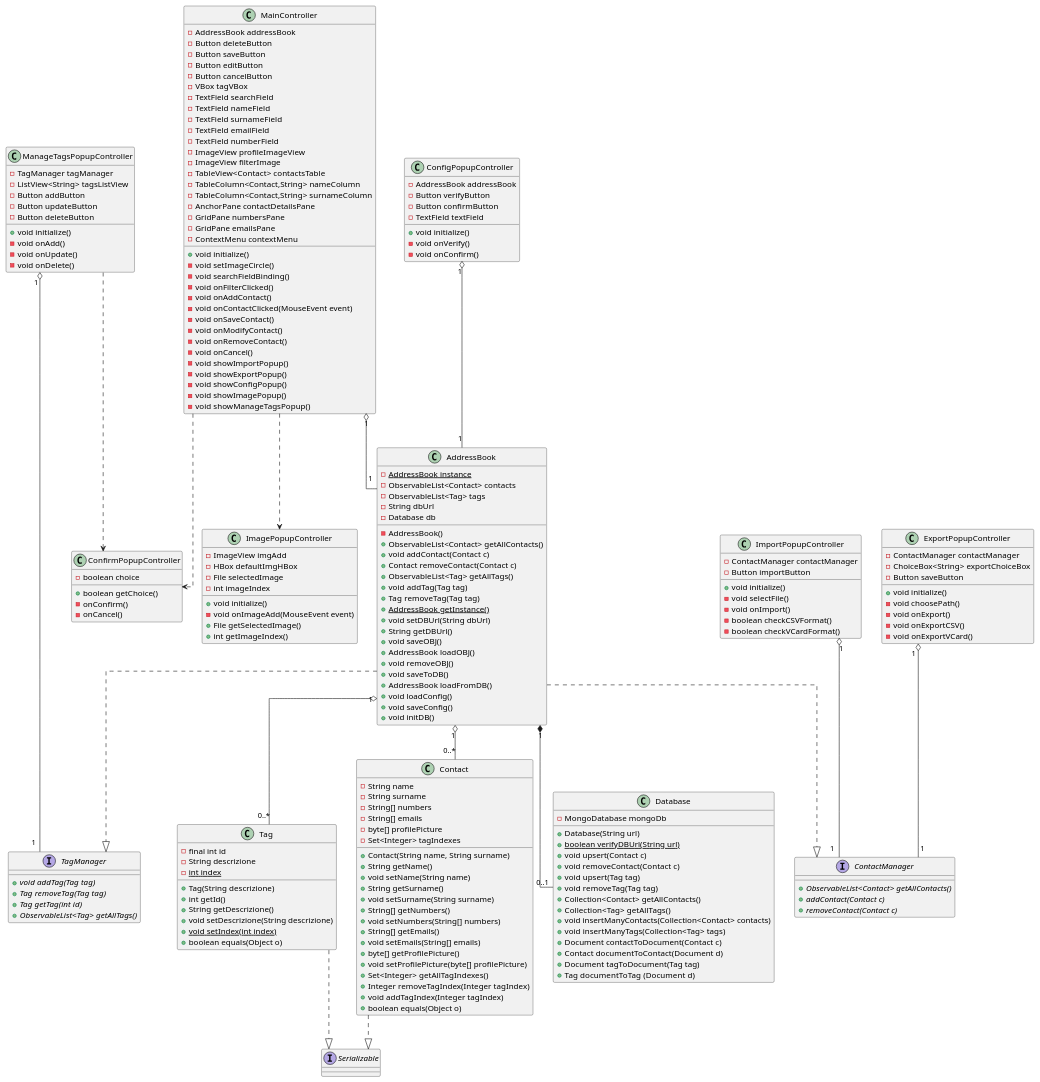
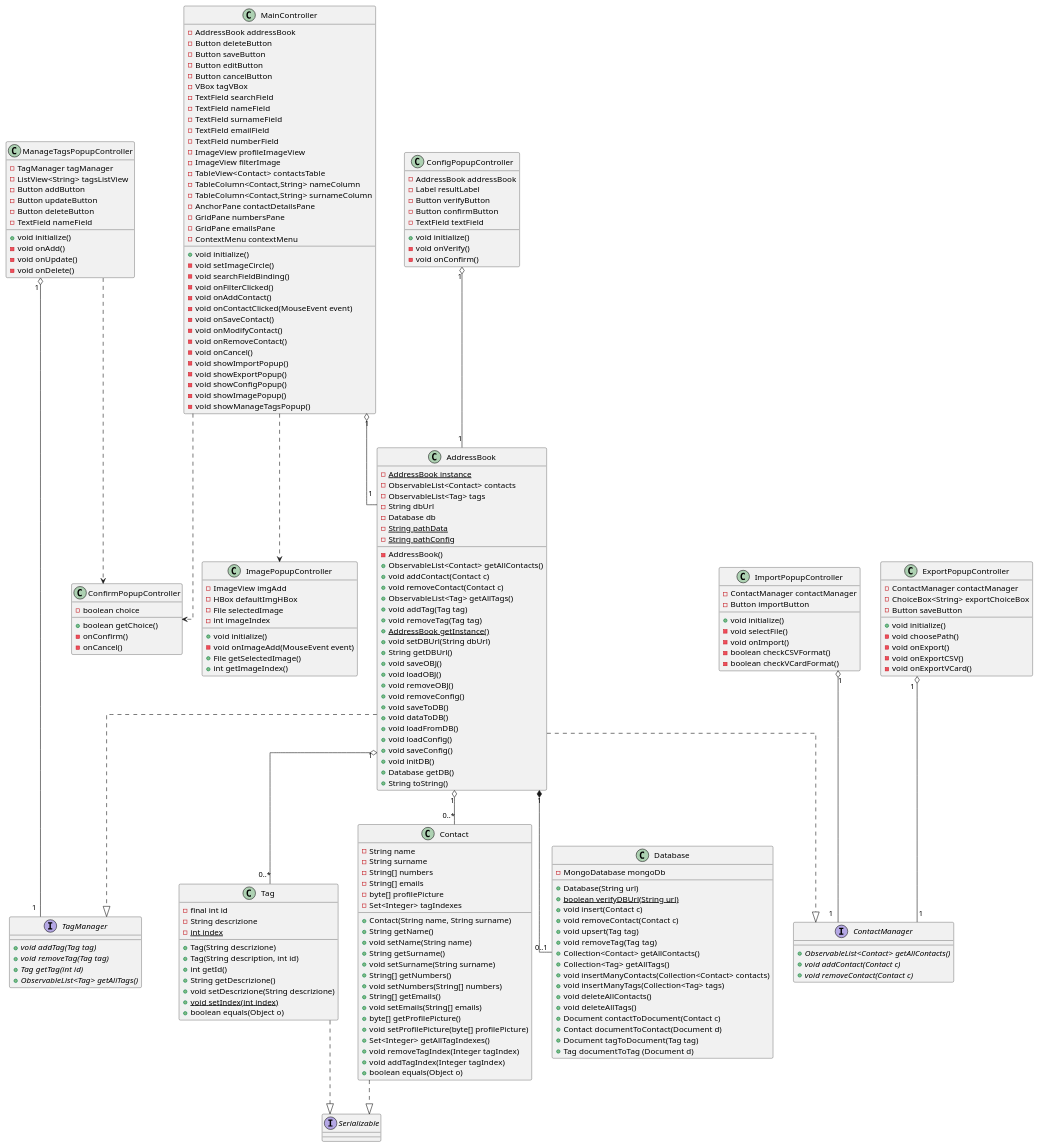
One commit to savaava/ProgettoRubrica changed the diagram in documenti/diagrammi di classe/puml/diagrammaClassi.puml. Above: the diagram before and after it, drawn with PlantUML. The commit also changed 2 other files, not shown here.

```diff
--- a/documenti/diagrammi di classe/puml/diagrammaClassi.puml
+++ b/documenti/diagrammi di classe/puml/diagrammaClassi.puml
@@ -10,6 +10,7 @@
     - {static} int index
 
     + Tag(String descrizione)
+    + Tag(String description, int id)
     + int getId()
     + String getDescrizione()
     + void setDescrizione(String descrizione)
@@ -37,7 +38,7 @@
     + byte[] getProfilePicture()
     + void setProfilePicture(byte[] profilePicture)
     + Set<Integer> getAllTagIndexes()
-    + Integer removeTagIndex(Integer tagIndex)
+    + void removeTagIndex(Integer tagIndex)
     + void addTagIndex(Integer tagIndex)
     + boolean equals(Object o)    
 }
@@ -48,25 +49,31 @@
     - ObservableList<Tag> tags
     - String dbUrl
     - Database db
+    - {static} String pathData
+    - {static} String pathConfig
 
     - AddressBook()
     + ObservableList<Contact> getAllContacts()
     + void addContact(Contact c)
-    + Contact removeContact(Contact c)
+    + void removeContact(Contact c)
     + ObservableList<Tag> getAllTags()
     + void addTag(Tag tag)
-    + Tag removeTag(Tag tag)
+    + void removeTag(Tag tag)
     + {static} AddressBook getInstance()
     + void setDBUrl(String dbUrl)
     + String getDBUrl()
     + void saveOBJ()
-    + AddressBook loadOBJ()
+    + void loadOBJ()
     + void removeOBJ()
+    + void removeConfig()
     + void saveToDB()
-    + AddressBook loadFromDB()   
+    + void dataToDB()
+    + void loadFromDB()   
     + void loadConfig()
     + void saveConfig()
     + void initDB()
+    + Database getDB()
+    + String toString()
 }
 
 class MainController {
@@ -137,6 +144,7 @@
     - Button addButton
     - Button updateButton
     - Button deleteButton
+    - TextField nameField
 
     + void initialize()
     - void onAdd()
@@ -165,6 +173,7 @@
 
 class ConfigPopupController {
     - AddressBook addressBook
+    - Label resultLabel
     - Button verifyButton
     - Button confirmButton
     - TextField textField
@@ -179,7 +188,7 @@
     
     + Database(String url)
     + {static} boolean verifyDBUrl(String url)
-    + void upsert(Contact c)
+    + void insert(Contact c)
     + void removeContact(Contact c)
     + void upsert(Tag tag)
     + void removeTag(Tag tag)
@@ -187,6 +196,8 @@
     + Collection<Tag> getAllTags()
     + void insertManyContacts(Collection<Contact> contacts)
     + void insertManyTags(Collection<Tag> tags)
+    + void deleteAllContacts()
+    + void deleteAllTags()
     + Document contactToDocument(Contact c)
     + Contact documentToContact(Document d)
     + Document tagToDocument(Tag tag)
@@ -199,15 +210,15 @@
 
 interface TagManager {
     +{abstract} void addTag(Tag tag)
-    +{abstract} Tag removeTag(Tag tag)
+    +{abstract} void removeTag(Tag tag)
     +{abstract} Tag getTag(int id)
     +{abstract} ObservableList<Tag> getAllTags()
 }
 
 interface ContactManager {
     +{abstract} ObservableList<Contact> getAllContacts()
-    +{abstract} addContact(Contact c)
-    +{abstract} removeContact(Contact c)
+    +{abstract} void addContact(Contact c)
+    +{abstract} void removeContact(Contact c)
 }
 
 
```
